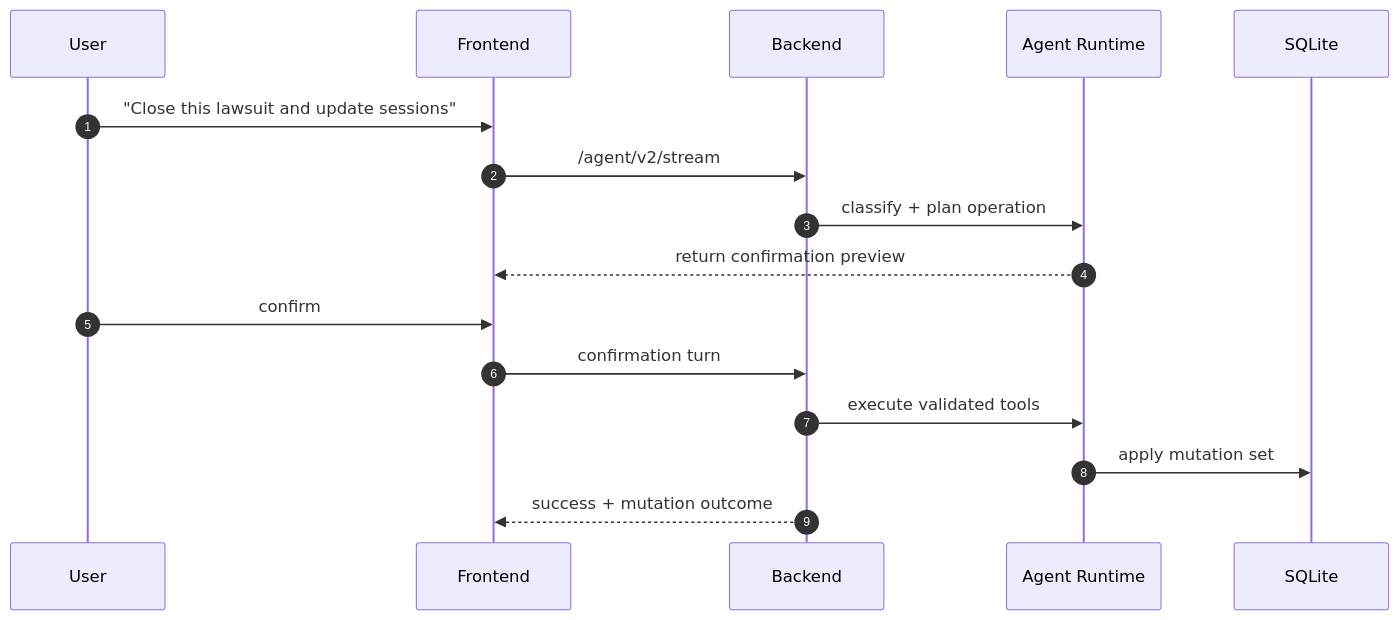
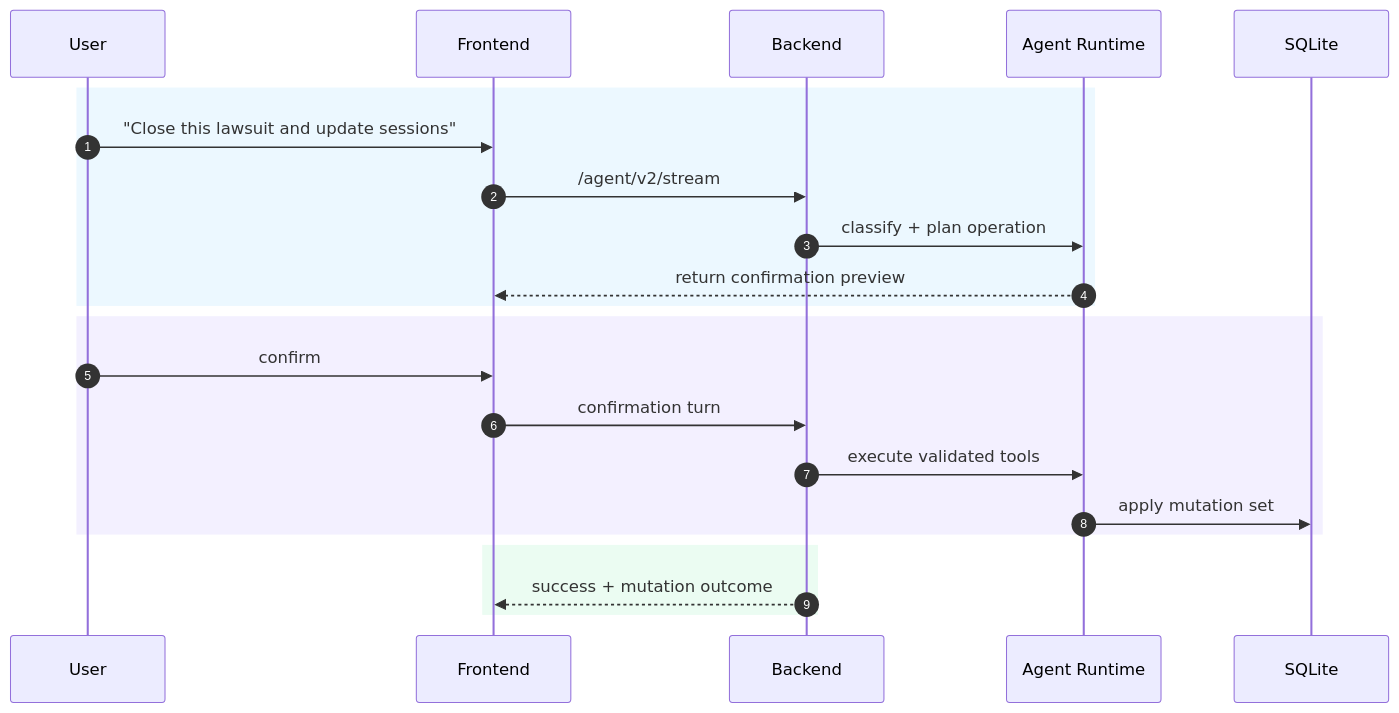
One commit to mootezaloui/ordinay-legacy changed the second of 2 diagrams in docs/APP_LOGIC_USE_CASES.md. Above: the diagram before and after it, drawn with Mermaid. The commit also changed other lines of this file and 4 other files, not shown here.

First line of the commit message:
Update architecture docs wording and remove status

````diff
--- a/docs/APP_LOGIC_USE_CASES.md
+++ b/docs/APP_LOGIC_USE_CASES.md
@@ -81,19 +89,27 @@
 ```mermaid
 sequenceDiagram
     autonumber
     participant U as User
     participant FE as Frontend
     participant BE as Backend
     participant AG as Agent Runtime
     participant DB as SQLite
 
+    rect rgb(236, 248, 255)
     U->>FE: "Close this lawsuit and update sessions"
     FE->>BE: /agent/v2/stream
     BE->>AG: classify + plan operation
     AG-->>FE: return confirmation preview
+    end
+
+    rect rgb(243, 240, 255)
     U->>FE: confirm
     FE->>BE: confirmation turn
     BE->>AG: execute validated tools
     AG->>DB: apply mutation set
+    end
+
+    rect rgb(235, 252, 242)
     BE-->>FE: success + mutation outcome
+    end
 ```
````
